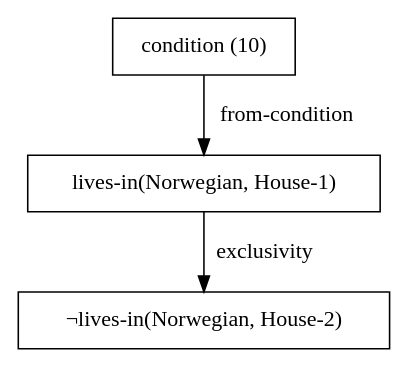
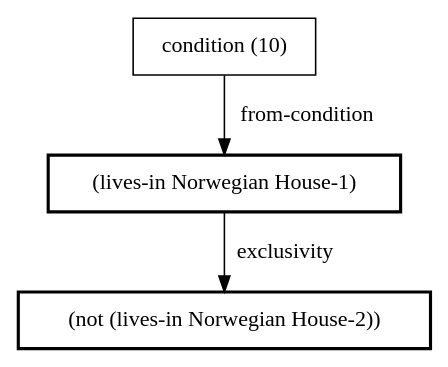
The fourth of 6 diagrams in docs/kernel/ir/03-ein-lang/04_dot_rendering.md (agutikov/ein), drawn with Graphviz before and after one commit. The commit also changed other lines of this file and 8 other files, not shown here.

````diff
--- a/docs/kernel/ir/03-ein-lang/04_dot_rendering.md
+++ b/docs/kernel/ir/03-ein-lang/04_dot_rendering.md
@@ -160,9 +159,9 @@
 ```dot
 digraph derivation {
   c10 [shape=rectangle, label="condition (10)"];
-  s1  [shape=rectangle, label="lives-in(Norwegian, House-1)"];
-  s2  [shape=rectangle, label="¬lives-in(Norwegian, House-2)"];
-  c10 -> s1 [label="from-condition"];
-  s1  -> s2 [label="exclusivity"];
+  "(lives-in Norwegian House-1)" [shape=box, style=bold];
+  "(not (lives-in Norwegian House-2))" [shape=box, style=bold];
+  c10 -> "(lives-in Norwegian House-1)" [label="from-condition"];
+  "(lives-in Norwegian House-1)" -> "(not (lives-in Norwegian House-2))" [label="exclusivity"];
 }
 ```
````
